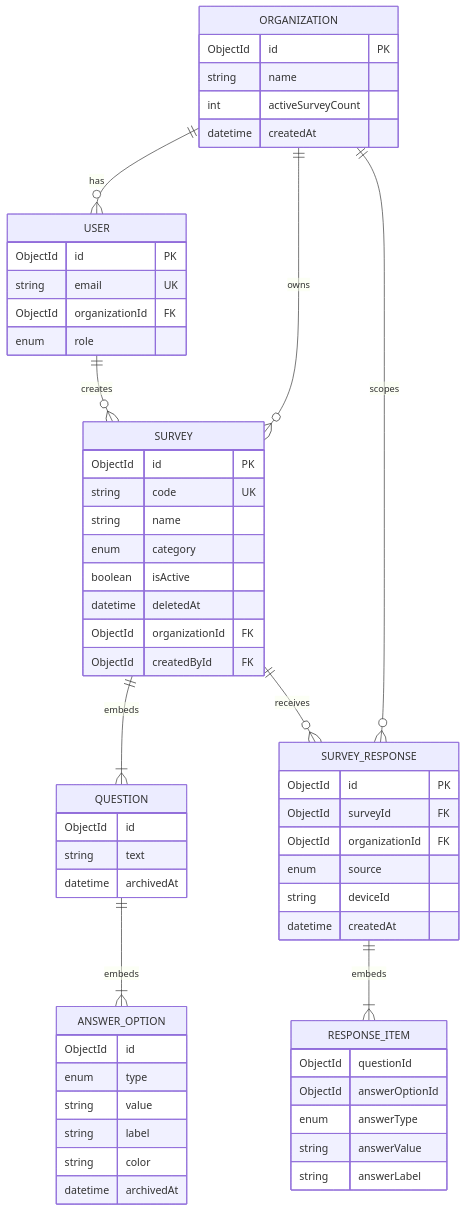
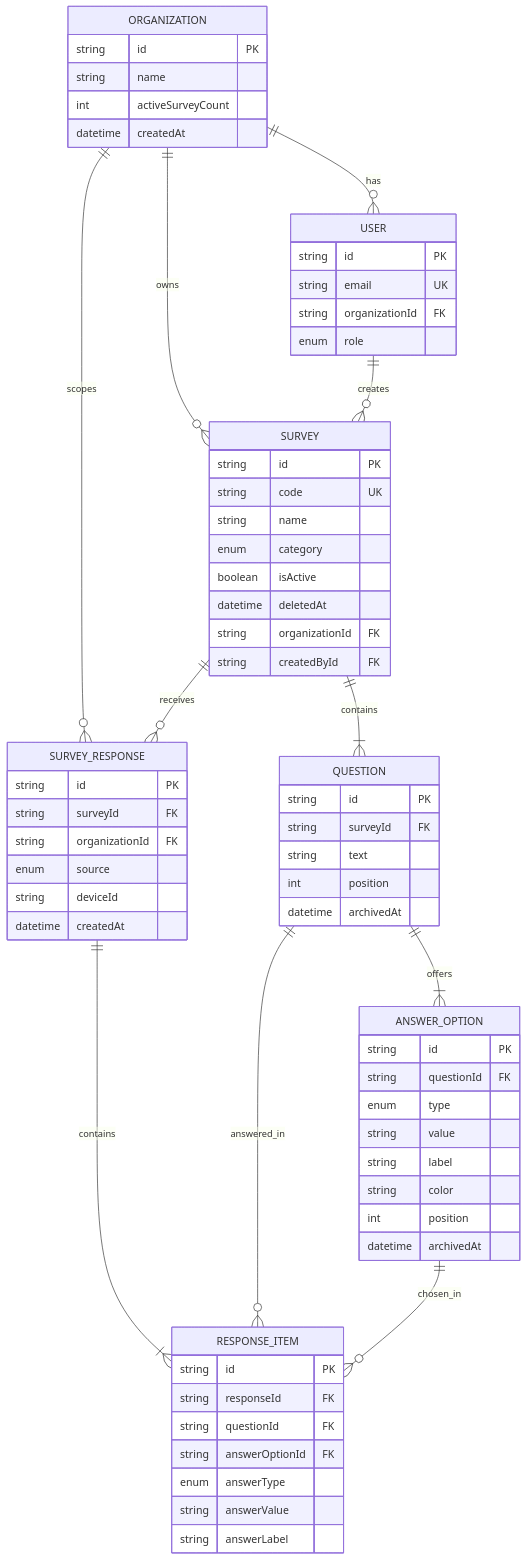
The second of 2 diagrams in context/project-overview.md (isaacrdz/pandametrics), drawn with Mermaid before and after one commit. The commit also changed other lines of this file, not shown here.

````diff
--- a/context/project-overview.md
+++ b/context/project-overview.md
@@ -163,62 +163,70 @@
 ```mermaid
 erDiagram
   ORGANIZATION ||--o{ USER : has
   ORGANIZATION ||--o{ SURVEY : owns
   ORGANIZATION ||--o{ SURVEY_RESPONSE : scopes
   USER ||--o{ SURVEY : creates
-  SURVEY ||--|{ QUESTION : embeds
-  QUESTION ||--|{ ANSWER_OPTION : embeds
+  SURVEY ||--|{ QUESTION : contains
+  QUESTION ||--|{ ANSWER_OPTION : offers
   SURVEY ||--o{ SURVEY_RESPONSE : receives
-  SURVEY_RESPONSE ||--|{ RESPONSE_ITEM : embeds
+  SURVEY_RESPONSE ||--|{ RESPONSE_ITEM : contains
+  QUESTION ||--o{ RESPONSE_ITEM : answered_in
+  ANSWER_OPTION ||--o{ RESPONSE_ITEM : chosen_in
 
   ORGANIZATION {
-    ObjectId id PK
+    string id PK
     string name
     int activeSurveyCount
     datetime createdAt
   }
   USER {
-    ObjectId id PK
+    string id PK
     string email UK
-    ObjectId organizationId FK
+    string organizationId FK
     enum role
   }
   SURVEY {
-    ObjectId id PK
+    string id PK
     string code UK
     string name
     enum category
     boolean isActive
     datetime deletedAt
-    ObjectId organizationId FK
-    ObjectId createdById FK
+    string organizationId FK
+    string createdById FK
   }
   QUESTION {
-    ObjectId id
+    string id PK
+    string surveyId FK
     string text
+    int position
     datetime archivedAt
   }
   ANSWER_OPTION {
-    ObjectId id
+    string id PK
+    string questionId FK
     enum type
     string value
     string label
     string color
+    int position
     datetime archivedAt
   }
   SURVEY_RESPONSE {
-    ObjectId id PK
-    ObjectId surveyId FK
-    ObjectId organizationId FK
+    string id PK
+    string surveyId FK
+    string organizationId FK
     enum source
     string deviceId
     datetime createdAt
   }
   RESPONSE_ITEM {
-    ObjectId questionId
-    ObjectId answerOptionId
+    string id PK
+    string responseId FK
+    string questionId FK
+    string answerOptionId FK
     enum answerType
     string answerValue
     string answerLabel
   }
 ```
````
